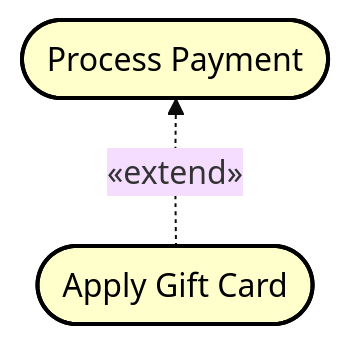
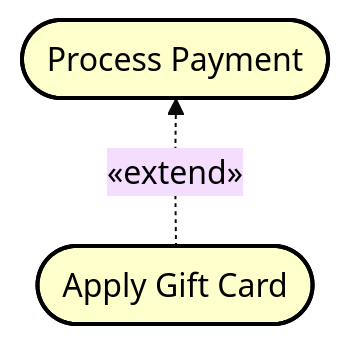
The first of 5 diagrams in Articles/SEP1/Use case diagrams/007 Extend.md (TroelsMortensen/Codelabs2), drawn with Mermaid (base theme) before and after one commit. The commit also changed other lines of this file and 1 other file, not shown here.

````diff
--- a/Articles/SEP1/Use case diagrams/007 Extend.md
+++ b/Articles/SEP1/Use case diagrams/007 Extend.md
@@ -28,10 +28,10 @@
 ```mermaid
 graph BT
     UC1([<font color=black>Apply Gift Card])
     UC2([<font color=black>Process Payment])
     
-    UC1 -.->|«extend»| UC2
+    UC1 -.->|<font color=black>«extend»| UC2
     
     style UC1 fill:#ffffcc,stroke:#000,stroke-width:2px
     style UC2 fill:#ffffcc,stroke:#000,stroke-width:2px
 ```
````
